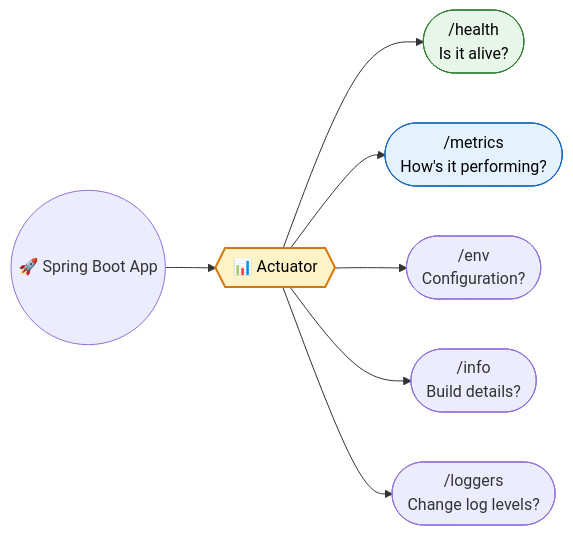
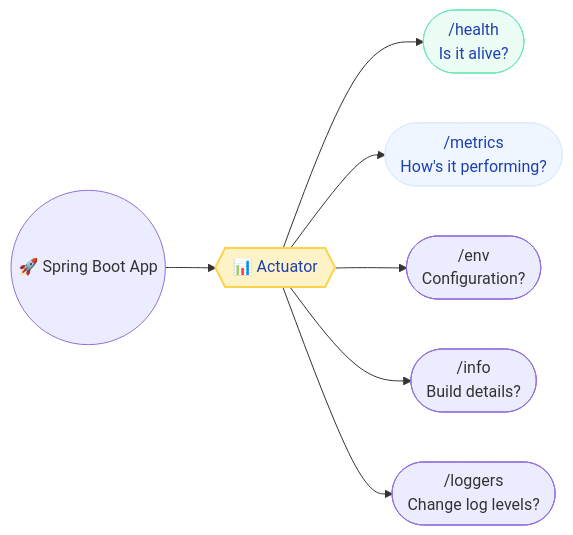
Before and after one commit to saivamsikaruturi/vamsilabs-dev-notes-main: the first of 3 diagrams in docs/springboot/actuator.md, drawn with Mermaid. The commit also changed other lines of this file and 220 other files, not shown here.

First line of the commit message:
Add 50+ new Java/Spring Boot pages, rewrite CSS code blocks to Oracle style, fix all diagram colors

````diff
--- a/docs/springboot/actuator.md
+++ b/docs/springboot/actuator.md
@@ -10,13 +10,13 @@
 ```mermaid
 flowchart LR
     App(("🚀 Spring Boot App")) --> Act{{"📊 Actuator"}}
     Act --> H(["/health<br/>Is it alive?"])
     Act --> M(["/metrics<br/>How's it performing?"])
     Act --> E(["/env<br/>Configuration?"])
     Act --> I(["/info<br/>Build details?"])
     Act --> L(["/loggers<br/>Change log levels?"])
 
-    style Act fill:#FEF3C7,stroke:#D97706,stroke-width:2px,color:#000
-    style H fill:#E8F5E9,stroke:#2E7D32,color:#000
-    style M fill:#E3F2FD,stroke:#1565C0,color:#000
+    style Act fill:#FEF3C7,stroke:#FCD34D,stroke-width:2px,color:#1E40AF
+    style H fill:#ECFDF5,stroke:#6EE7B7,color:#1E40AF
+    style M fill:#EFF6FF,stroke:#DBEAFE,color:#1E40AF
 ```
````
